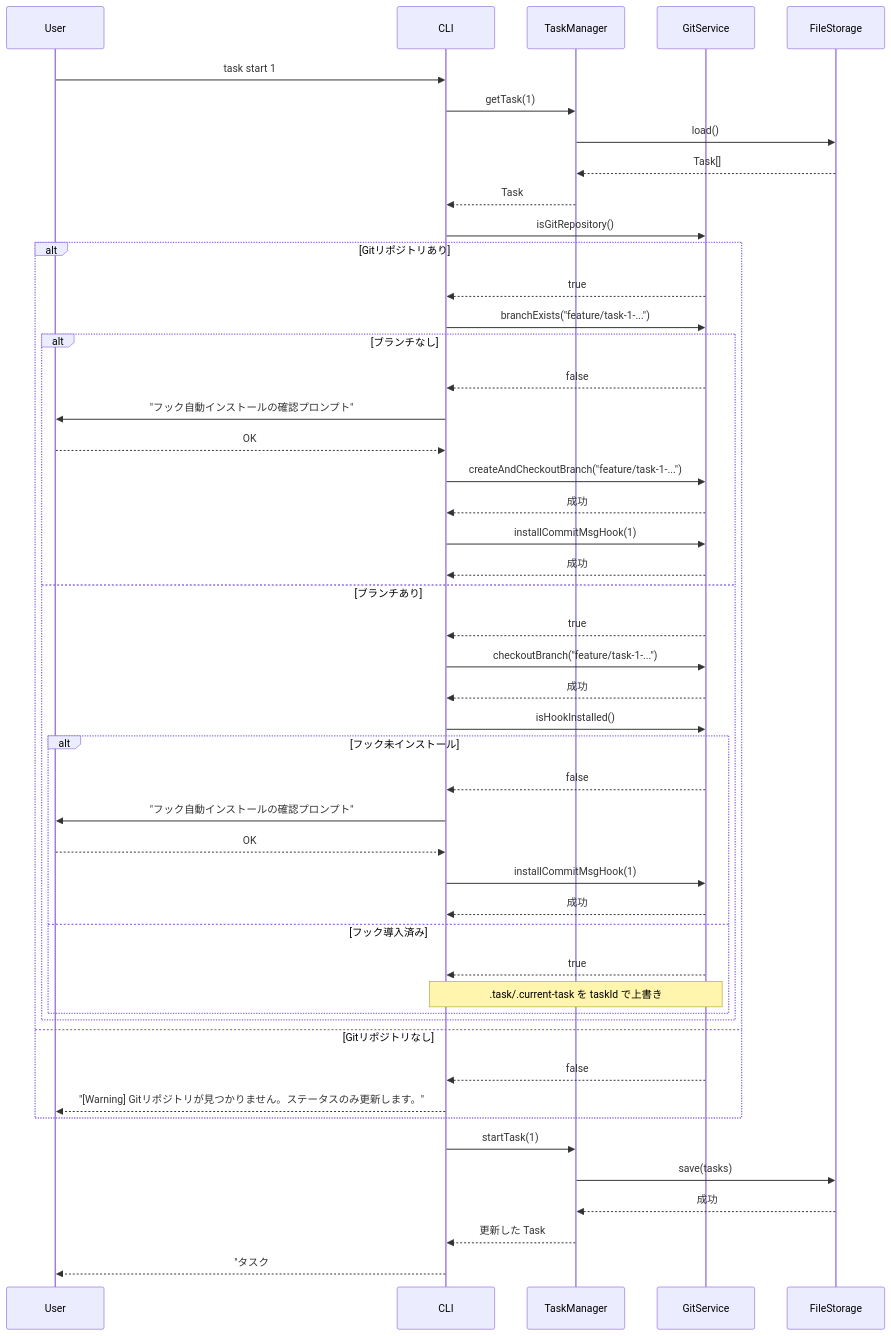
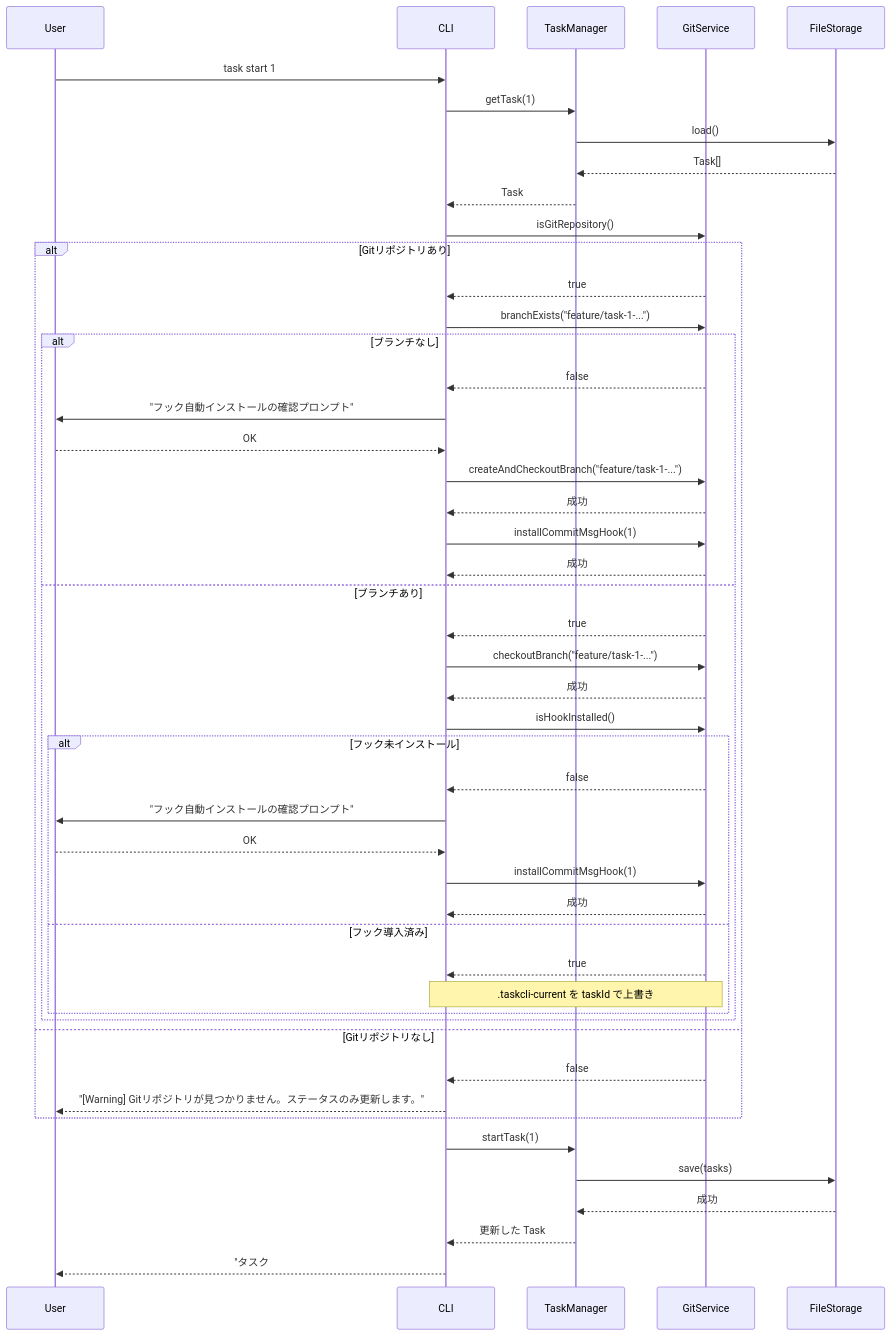
The fifth of 8 diagrams in docs/functional-design.md (kanan4gh/dev-tasks2), drawn with Mermaid before and after one commit. The commit also changed other lines of this file and 4 other files, not shown here.

````diff
--- a/docs/functional-design.md
+++ b/docs/functional-design.md
@@ -391,51 +534,51 @@
 ```mermaid
 sequenceDiagram
     participant User
     participant CLI
     participant TaskManager
     participant GitService
     participant FileStorage
 
     User->>CLI: task start 1
     CLI->>TaskManager: getTask(1)
     TaskManager->>FileStorage: load()
     FileStorage-->>TaskManager: Task[]
     TaskManager-->>CLI: Task
     CLI->>GitService: isGitRepository()
     alt Gitリポジトリあり
         GitService-->>CLI: true
         CLI->>GitService: branchExists("feature/task-1-...")
         alt ブランチなし
             GitService-->>CLI: false
             CLI->>User: "フック自動インストールの確認プロンプト"
             User-->>CLI: OK
             CLI->>GitService: createAndCheckoutBranch("feature/task-1-...")
             GitService-->>CLI: 成功
             CLI->>GitService: installCommitMsgHook(1)
             GitService-->>CLI: 成功
         else ブランチあり
             GitService-->>CLI: true
             CLI->>GitService: checkoutBranch("feature/task-1-...")
             GitService-->>CLI: 成功
             CLI->>GitService: isHookInstalled()
             alt フック未インストール
                 GitService-->>CLI: false
                 CLI->>User: "フック自動インストールの確認プロンプト"
                 User-->>CLI: OK
                 CLI->>GitService: installCommitMsgHook(1)
                 GitService-->>CLI: 成功
             else フック導入済み
                 GitService-->>CLI: true
-                Note over CLI,GitService: .task/.current-task を taskId で上書き
+                Note over CLI,GitService: .taskcli-current を taskId で上書き
             end
         end
     else Gitリポジトリなし
         GitService-->>CLI: false
         CLI-->>User: "[Warning] Gitリポジトリが見つかりません。ステータスのみ更新します。"
     end
     CLI->>TaskManager: startTask(1)
     TaskManager->>FileStorage: save(tasks)
     FileStorage-->>TaskManager: 成功
     TaskManager-->>CLI: 更新した Task
     CLI-->>User: "タスク #1 を開始しました\nブランチ: feature/task-1-user-authentication"
 ```
````
